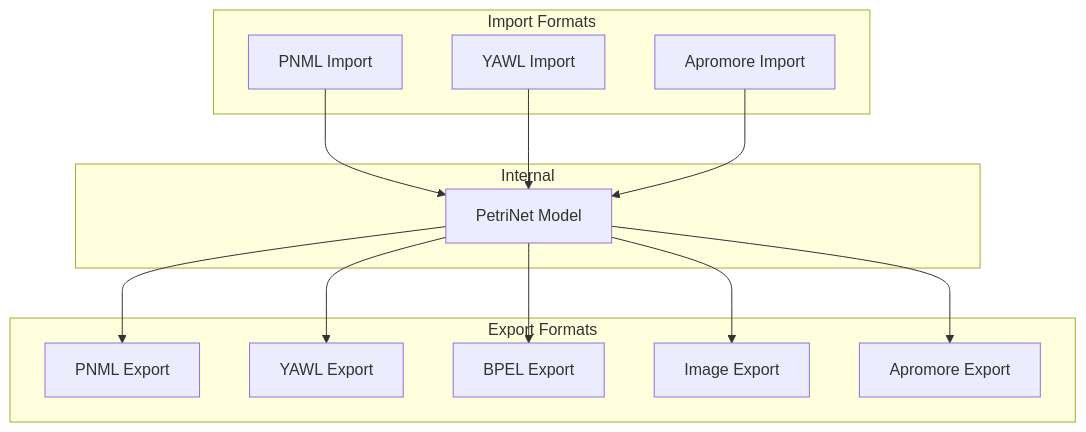
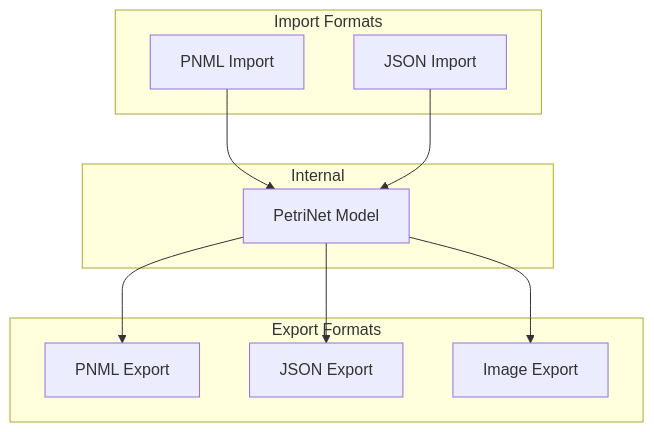
The first of 3 diagrams in docs/migration/09-file-operations.md (woped/woped-next), drawn with Mermaid before and after one commit. The commit also changed other lines of this file and 24 other files, not shown here.

````diff
--- a/docs/migration/09-file-operations.md
+++ b/docs/migration/09-file-operations.md
@@ -7,29 +7,23 @@
 ```mermaid
 graph TD
     subgraph Import Formats
         PNML_I[PNML Import]
-        YAWL_I[YAWL Import]
-        APRO_I[Apromore Import]
+        JSON_I[JSON Import]
     end
     
     subgraph Internal
         NET[PetriNet Model]
     end
     
     subgraph Export Formats
         PNML_E[PNML Export]
-        YAWL_E[YAWL Export]
-        BPEL_E[BPEL Export]
+        JSON_E[JSON Export]
         IMG_E[Image Export]
-        APRO_E[Apromore Export]
     end
     
     PNML_I --> NET
-    YAWL_I --> NET
-    APRO_I --> NET
+    JSON_I --> NET
     NET --> PNML_E
-    NET --> YAWL_E
-    NET --> BPEL_E
+    NET --> JSON_E
     NET --> IMG_E
-    NET --> APRO_E
 ```
````
